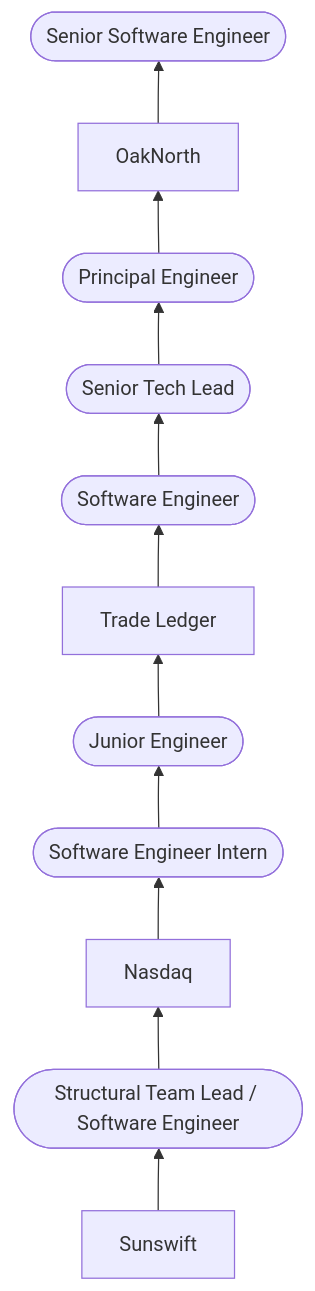
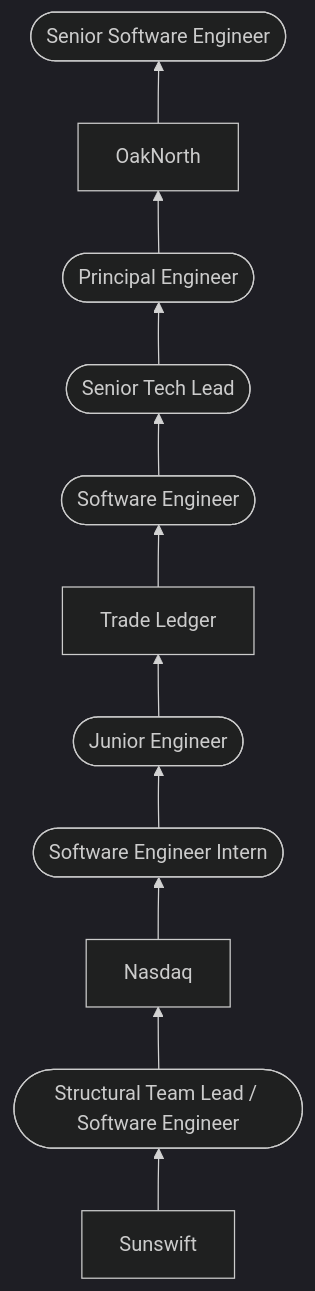
Before and after one commit to adamjoffe/adamjoffe.github.io: the diagram in _tabs/about.md, drawn with Mermaid. The commit also changed other lines of this file and 4 other files, not shown here.

Commit message:
Fixed post file type, added snippets and hopefully fixed mermaid

````diff
--- a/_tabs/about.md
+++ b/_tabs/about.md
@@ -20,28 +21,29 @@
-{% mermaid %}
+```mermaid
+%%{init: {'theme':'dark'}}%%
 flowchart BT;
     Sunswift[Sunswift]
     SunswiftR1([Structural Team Lead / Software Engineer])
 
     Nasdaq[Nasdaq]
     NasdaqR1([Software Engineer Intern])
     NasdaqR2([Junior Engineer])
 
     TradeLedger[Trade Ledger]
     TradeLedgerR1([Software Engineer])
     TradeLedgerR2([Senior Tech Lead])
     TradeLedgerR3([Principal Engineer])
 
     OakNorth[OakNorth]
     OakNorthR1([Senior Software Engineer])
 
     Sunswift-->SunswiftR1
     SunswiftR1-->Nasdaq
     Nasdaq-->NasdaqR1
     NasdaqR1-->NasdaqR2
     NasdaqR2-->TradeLedger
     TradeLedger-->TradeLedgerR1
     TradeLedgerR1-->TradeLedgerR2
     TradeLedgerR2-->TradeLedgerR3
     TradeLedgerR3-->OakNorth
     OakNorth-->OakNorthR1
-{% endmermaid %}
+```
````
